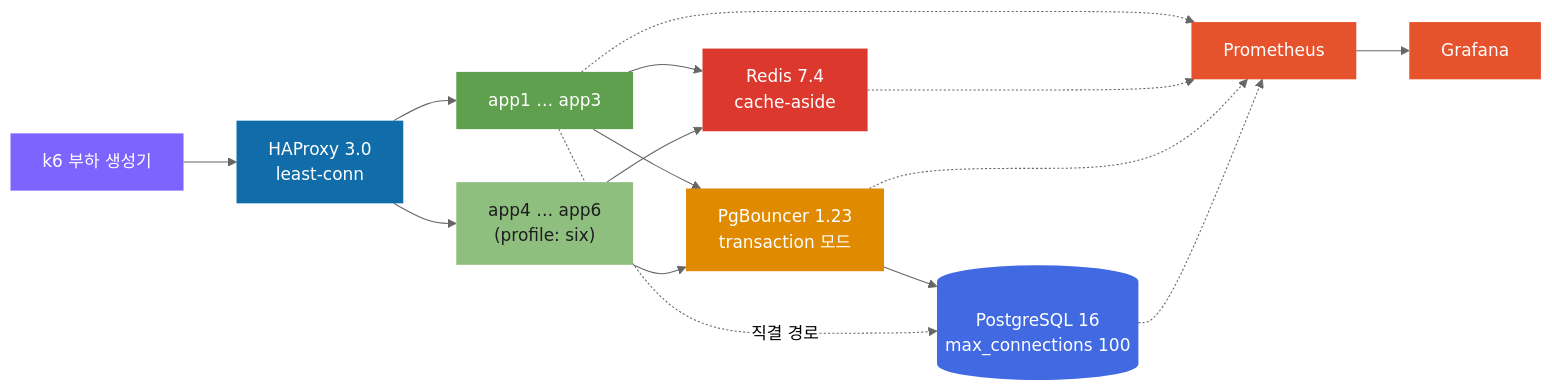
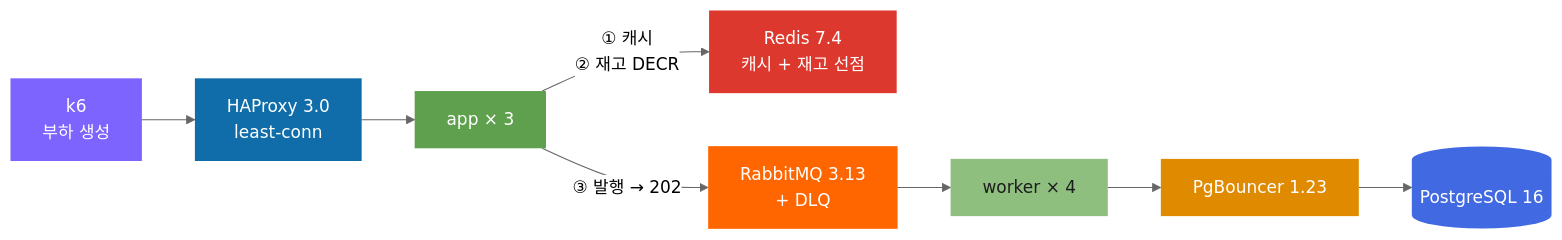
One commit to Jin-s-work/load-simulation changed the diagram in README.md. Above: the diagram before and after it, drawn with Mermaid (neutral theme). The commit also changed other lines of this file and 10 other files, not shown here.

````diff
--- a/README.md
+++ b/README.md
@@ -66,36 +86,24 @@
 ```mermaid
 flowchart LR
-    k6["k6 부하 생성기"]:::gen
+    k6["k6<br/>부하 생성"]:::gen
     HA["HAProxy 3.0<br/>least-conn"]:::lb
-    A1["app1 … app3"]:::app
-    A2["app4 … app6<br/>(profile: six)"]:::opt
-    RD["Redis 7.4<br/>cache-aside"]:::cache
-    PB["PgBouncer 1.23<br/>transaction 모드"]:::pb
-    PG[("PostgreSQL 16<br/>max_connections 100")]:::db
-    PR["Prometheus"]:::obs
-    GF["Grafana"]:::obs
+    A["app × 3"]:::app
+    RD["Redis 7.4<br/>캐시 + 재고 선점"]:::cache
+    MQ["RabbitMQ 3.13<br/>+ DLQ"]:::mq
+    W["worker × 4"]:::worker
+    PB["PgBouncer 1.23"]:::pb
+    PG[("PostgreSQL 16")]:::db
 
-    k6 --> HA
-    HA --> A1
-    HA --> A2
-    A1 --> RD
-    A2 --> RD
-    A1 --> PB
-    A2 --> PB
-    PB --> PG
-    A1 -.->|"직결 경로"| PG
-    A1 -.-> PR
-    RD -.-> PR
-    PB -.-> PR
-    PG -.-> PR
-    PR --> GF
+    k6 --> HA --> A
+    A -->|"① 캐시<br/>② 재고 DECR"| RD
+    A -->|"③ 발행 → 202"| MQ --> W --> PB --> PG
 
     classDef gen fill:#7D64FF,color:#ffffff,stroke-width:0px
     classDef lb fill:#106DA9,color:#ffffff,stroke-width:0px
     classDef app fill:#5FA04E,color:#ffffff,stroke-width:0px
-    classDef opt fill:#8FBF7F,color:#1d1d1f,stroke-width:0px
     classDef cache fill:#DC382D,color:#ffffff,stroke-width:0px
+    classDef mq fill:#FF6600,color:#ffffff,stroke-width:0px
+    classDef worker fill:#8FBF7F,color:#1d1d1f,stroke-width:0px
     classDef pb fill:#E08A00,color:#ffffff,stroke-width:0px
     classDef db fill:#4169E1,color:#ffffff,stroke-width:0px
-    classDef obs fill:#E6522C,color:#ffffff,stroke-width:0px
 ```
````
